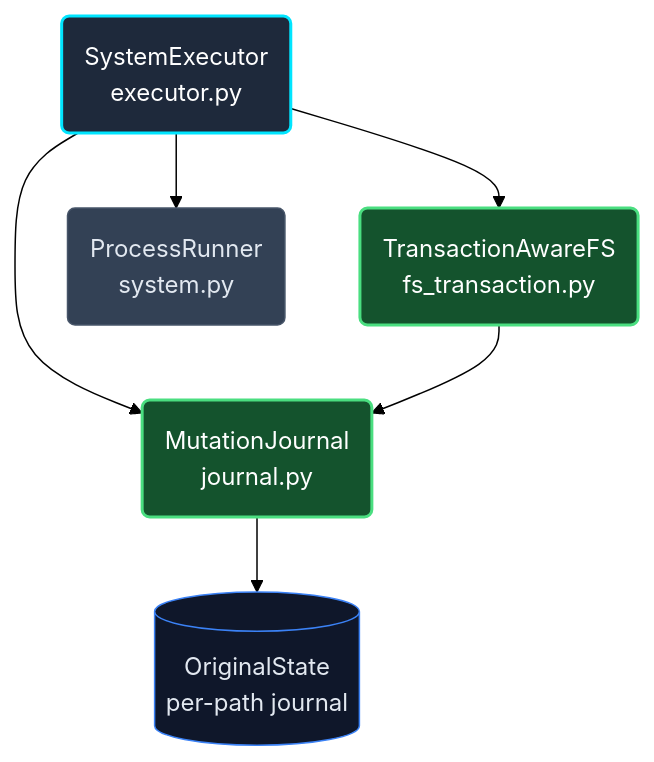
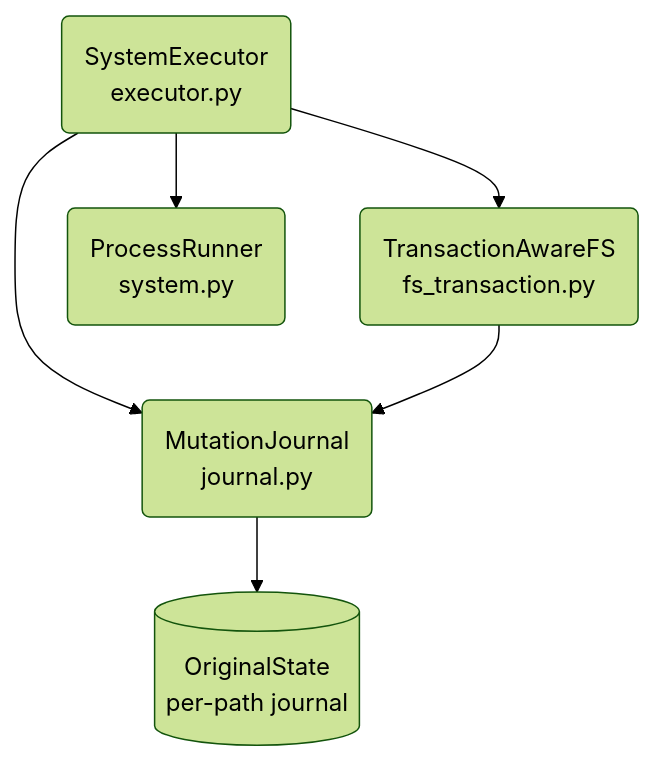
One commit to JacksonFergusonDev/protostar changed the first of 2 diagrams in docs/mechanics/rollback.md. Above: the diagram before and after it, drawn with Mermaid (forest theme). The commit also changed other lines of this file and 36 other files, not shown here.

````diff
--- a/docs/mechanics/rollback.md
+++ b/docs/mechanics/rollback.md
@@ -15,17 +15,12 @@
 ```mermaid
 flowchart TD
-    classDef coordinator fill:#1e293b,stroke:#00e5ff,stroke-width:2px,color:#fff;
-    classDef transaction fill:#14532d,stroke:#4ade80,stroke-width:2px,color:#fff;
-    classDef process fill:#334155,stroke:#475569,stroke-width:1px,color:#e2e8f0;
-    classDef store fill:#0f172a,stroke:#3b82f6,stroke-width:1px,color:#e2e8f0;
+    E(SystemExecutor\nexecutor.py)
 
-    E(SystemExecutor\nexecutor.py):::coordinator
-
-    E --> J(MutationJournal\njournal.py):::transaction
-    E --> FS(TransactionAwareFS\nfs_transaction.py):::transaction
-    E --> P(ProcessRunner\nsystem.py):::process
+    E --> J(MutationJournal\njournal.py)
+    E --> FS(TransactionAwareFS\nfs_transaction.py)
+    E --> P(ProcessRunner\nsystem.py)
 
     FS --> J
 
-    J --> Store[(OriginalState\nper-path journal)]:::store
+    J --> Store[(OriginalState\nper-path journal)]
 ```
````
